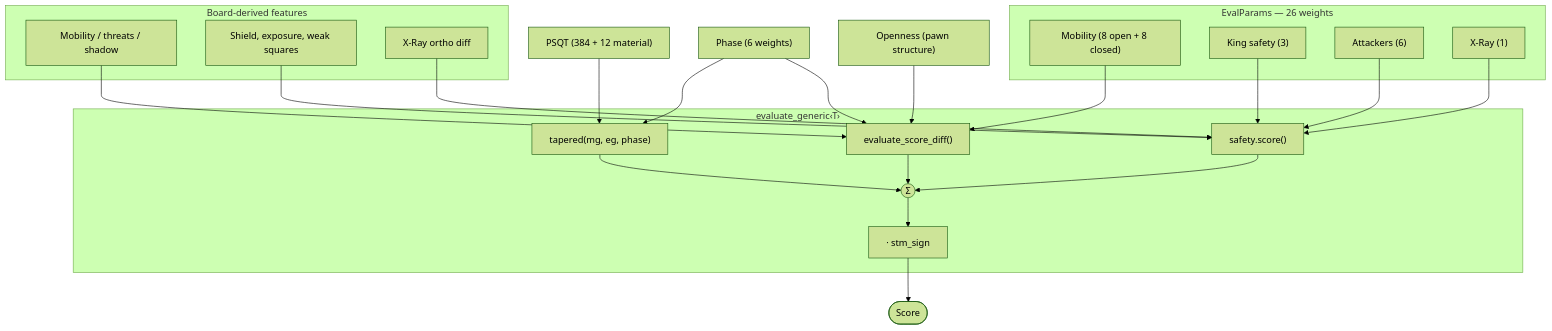
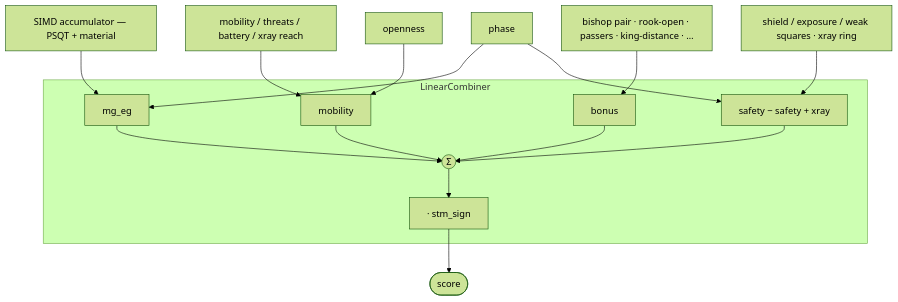
Before and after one commit to Aethdv/Soul: the second of 2 diagrams in tuner/EVAL_TUNER.md, drawn with Mermaid (forest theme). The commit also changed other lines of this file and 7 other files, not shown here.

````diff
--- a/tuner/EVAL_TUNER.md
+++ b/tuner/EVAL_TUNER.md
@@ -82,39 +62,16 @@
 ```mermaid
 flowchart TD
-    PSQT["PSQT (384 + 12 material)"] --> TAP
-    PH["Phase (6 weights)"] --> TAP
-    PH --> SDIFF
-    OPEN["Openness (pawn structure)"] --> SDIFF
+    ACC["SIMD accumulator — PSQT + material"] --> MGEG["mg_eg"]
+    MOB["mobility / threats / battery / xray reach"] --> MOBB["mobility"]
+    BON["bishop pair · rook-open · passers · king-distance · …"] --> BONB["bonus"]
+    SAF["shield / exposure / weak squares · xray ring"] --> SAFB["safety − safety + xray"]
+    PHASE["phase"] --> MGEG
+    PHASE --> SAFB
+    OPEN["openness"] --> MOBB
 
-    subgraph EvalParams ["EvalParams — 26 weights"]
-        MW["Mobility (8 open + 8 closed)"]
-        KS["King safety (3)"]
-        ATK["Attackers (6)"]
-        XR["X-Ray (1)"]
-    end
-
-    subgraph Board ["Board-derived features"]
-        MOB["Mobility / threats / shadow"]
-        SAFE_F["Shield, exposure, weak squares"]
-        XR_F["X-Ray ortho diff"]
-    end
-
-    MOB --> SDIFF
-    SAFE_F --> SAFE
-    XR_F --> SAFE
-
-    KS --> SAFE
-    ATK --> SAFE
-    XR --> SAFE
-    MW --> SDIFF
-
-    subgraph eval ["evaluate_generic‹T›"]
-        TAP["tapered(mg, eg, phase)"]
-        SAFE["safety.score()"]
-        SDIFF["evaluate_score_diff()"]
-        TAP & SAFE & SDIFF --> SUM(("Σ"))
+    subgraph Combiner ["LinearCombiner"]
+        MGEG & MOBB & BONB & SAFB --> SUM(("Σ"))
         SUM --> FLIP["· stm_sign"]
     end
-
-    FLIP --> OUT(["Score"])
+    FLIP --> OUT(["score"])
 ```
````
